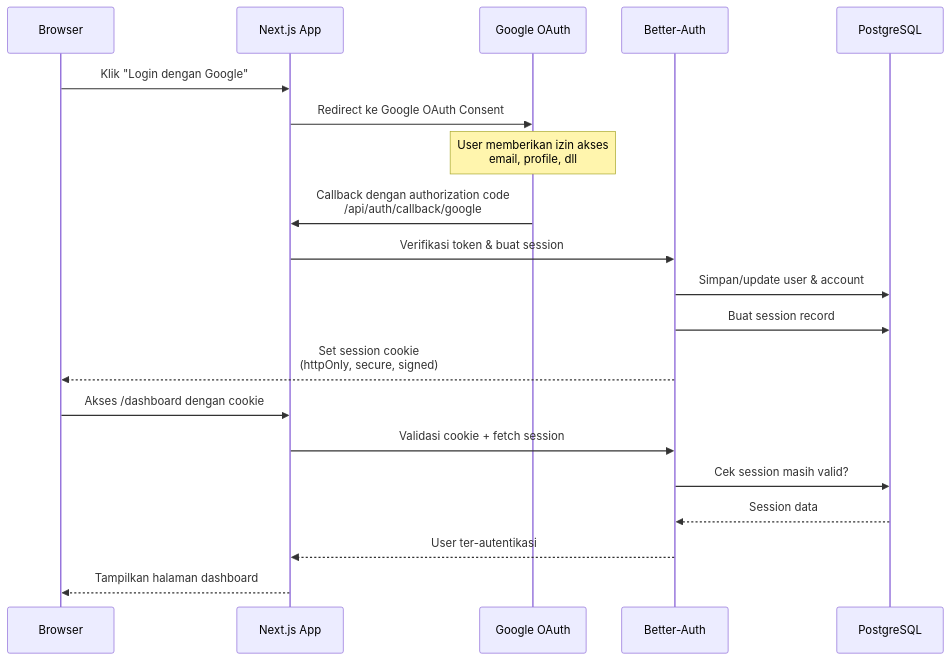
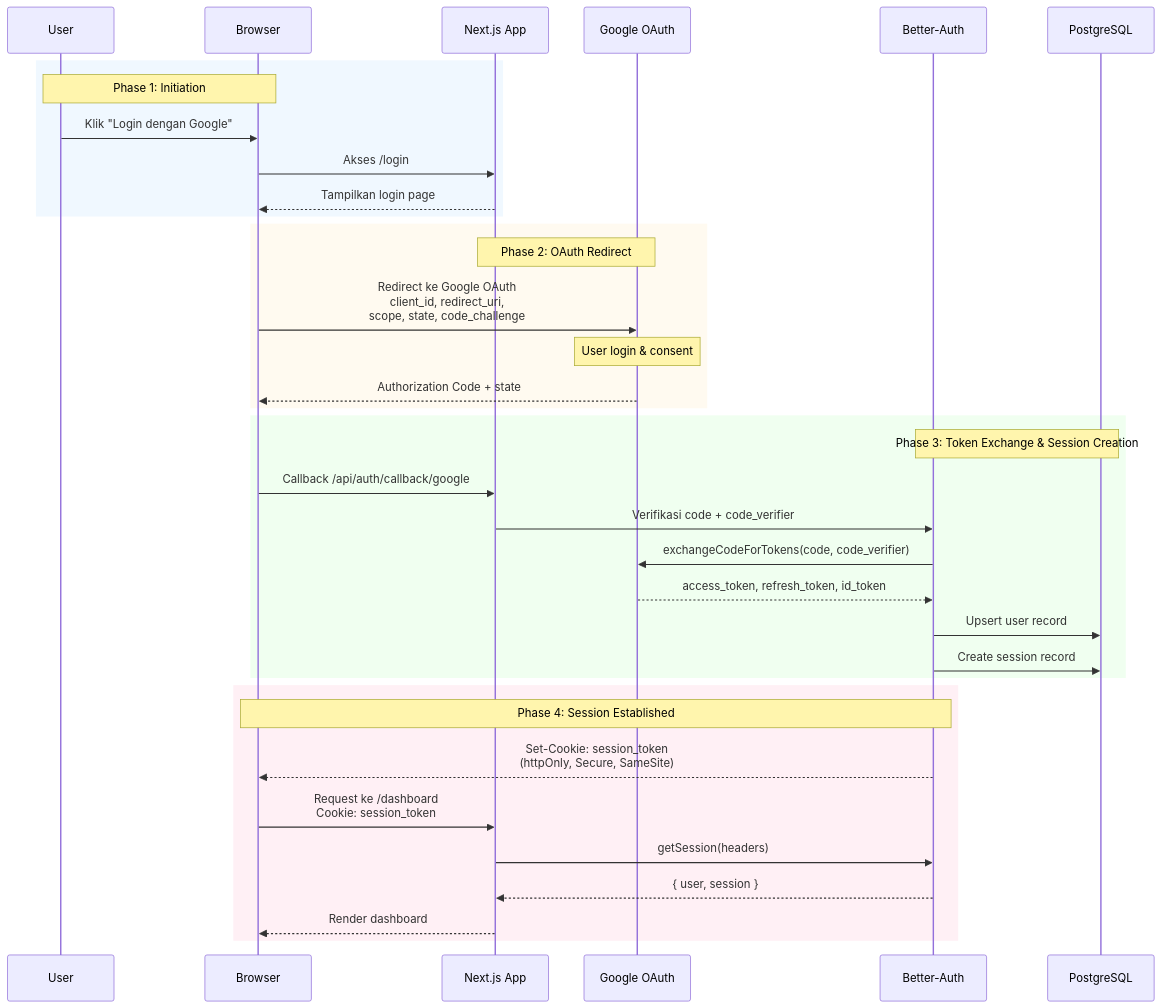
One commit to PKPL-Pusing-Kurang-Paham-Lurr/tk-2 changed the second of 18 diagrams in README.md. Above: the diagram before and after it, drawn with Mermaid. The commit also changed other lines of this file, not shown here.

````diff
--- a/README.md
+++ b/README.md
@@ -105,24 +120,42 @@
 ```mermaid
 sequenceDiagram
-    participant User as Browser
-    participant Next as Next.js App
-    participant Google as Google OAuth
-    participant Auth as Better-Auth
+    participant U as User
+    participant B as Browser
+    participant N as Next.js App
+    participant G as Google OAuth
+    participant A as Better-Auth
     participant DB as PostgreSQL
 
-    User->>Next: Klik "Login dengan Google"
-    Next->>Google: Redirect ke Google OAuth Consent
-    Note over Google: User memberikan izin akses<br/>email, profile, dll
-    
-    Google->>Next: Callback dengan authorization code<br/>/api/auth/callback/google
-    Next->>Auth: Verifikasi token & buat session
-    Auth->>DB: Simpan/update user & account
-    Auth->>DB: Buat session record
-    Auth-->>User: Set session cookie<br/>(httpOnly, secure, signed)
-    User->>Next: Akses /dashboard dengan cookie
-    Next->>Auth: Validasi cookie + fetch session
-    Auth->>DB: Cek session masih valid?
-    DB-->>Auth: Session data
-    Auth-->>Next: User ter-autentikasi
-    Next-->>User: Tampilkan halaman dashboard
+    rect rgb(240, 248, 255)
+        Note over U,B: Phase 1: Initiation
+        U->>B: Klik "Login dengan Google"
+        B->>N: Akses /login
+        N-->>B: Tampilkan login page
+    end
+
+    rect rgb(255, 250, 240)
+        Note over G,N: Phase 2: OAuth Redirect
+        B->>G: Redirect ke Google OAuth<br/>client_id, redirect_uri,<br/>scope, state, code_challenge
+        Note over G: User login & consent
+        G-->>B: Authorization Code + state
+    end
+
+    rect rgb(240, 255, 240)
+        Note over A,DB: Phase 3: Token Exchange & Session Creation
+        B->>N: Callback /api/auth/callback/google
+        N->>A: Verifikasi code + code_verifier
+        A->>G: exchangeCodeForTokens(code, code_verifier)
+        G-->>A: access_token, refresh_token, id_token
+        A->>DB: Upsert user record
+        A->>DB: Create session record
+    end
+
+    rect rgb(255, 240, 245)
+        Note over A,B: Phase 4: Session Established
+        A-->>B: Set-Cookie: session_token<br/>(httpOnly, Secure, SameSite)
+        B->>N: Request ke /dashboard<br/>Cookie: session_token
+        N->>A: getSession(headers)
+        A-->>N: { user, session }
+        N-->>B: Render dashboard
+    end
 ```
````
